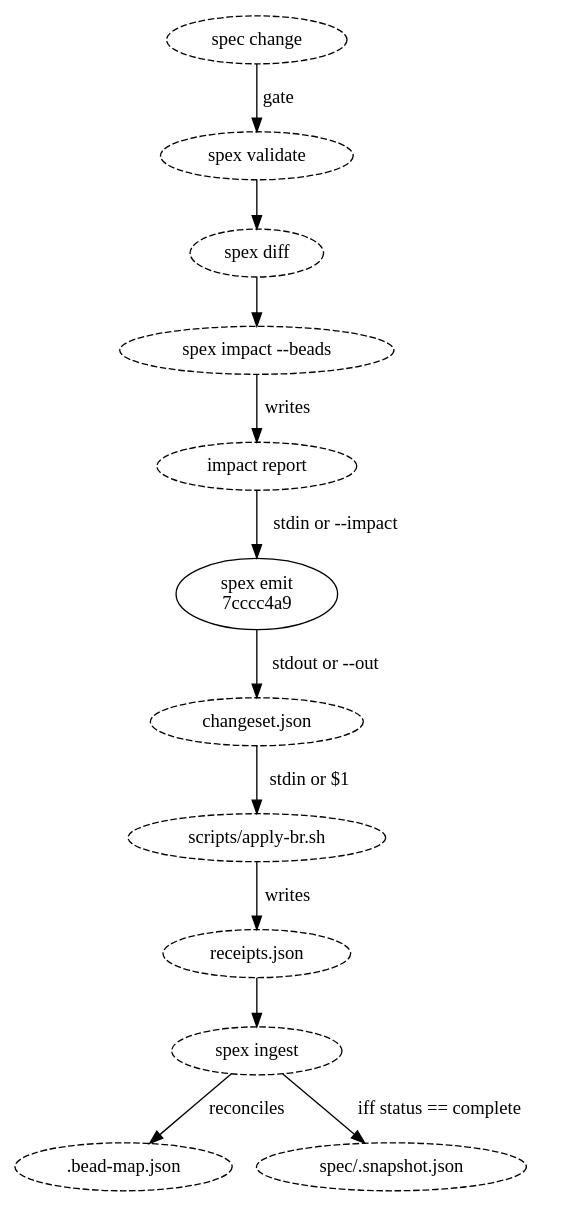
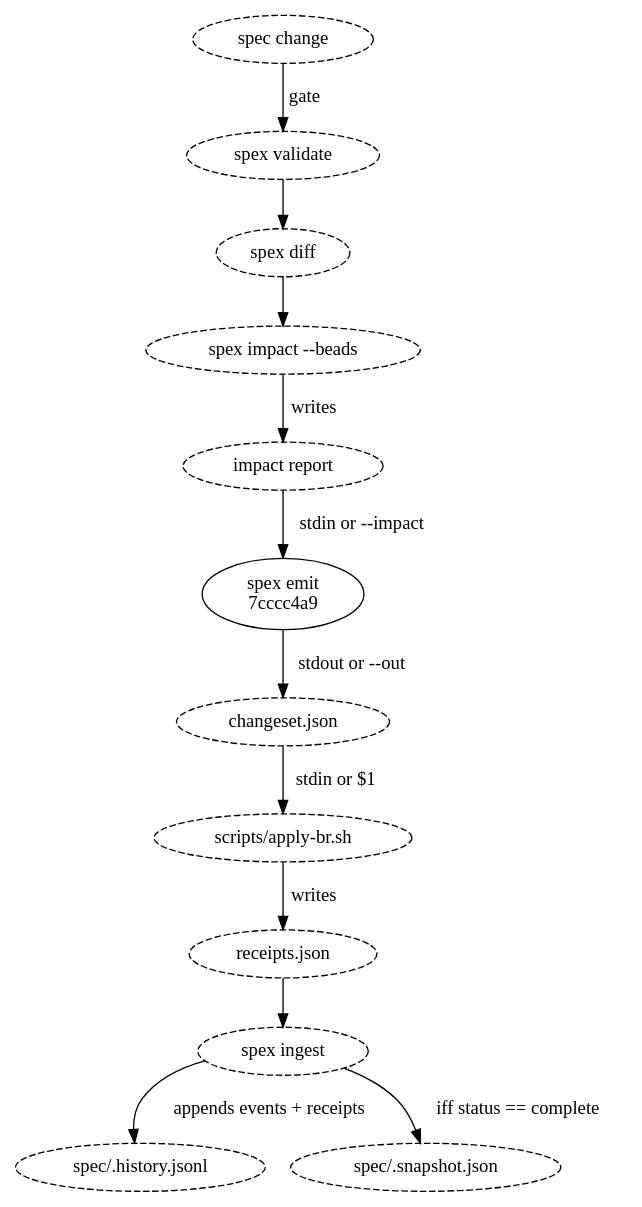
One commit to dmitriyb/spexmachina changed the diagram in spec/emit/flow_emit.md. Above: the diagram before and after it, drawn with Graphviz. The commit also changed other lines of this file and 64 other files, not shown here.

````diff
--- a/spec/emit/flow_emit.md
+++ b/spec/emit/flow_emit.md
@@ -14,28 +14,28 @@
 ```dot
 digraph emit_position {
     "spec change"         [style=dashed];
     "spex validate"       [style=dashed];
     "spex diff"           [style=dashed];
     "spex impact --beads" [style=dashed];
     "impact report"       [style=dashed];
     "7cccc4a96101"        [label="spex emit\n7cccc4a9"];
     "changeset.json"      [style=dashed];
     "scripts/apply-br.sh" [style=dashed];
     "receipts.json"       [style=dashed];
     "spex ingest"         [style=dashed];
-    ".bead-map.json"      [style=dashed];
+    "spec/.history.jsonl" [style=dashed];
     "spec/.snapshot.json" [style=dashed];
 
     "spec change"         -> "spex validate"       [label="gate"];
     "spex validate"       -> "spex diff";
     "spex diff"           -> "spex impact --beads";
     "spex impact --beads" -> "impact report"       [label="writes"];
     "impact report"       -> "7cccc4a96101"        [label="stdin or --impact"];
     "7cccc4a96101"        -> "changeset.json"      [label="stdout or --out"];
     "changeset.json"      -> "scripts/apply-br.sh" [label="stdin or $1"];
     "scripts/apply-br.sh" -> "receipts.json"       [label="writes"];
     "receipts.json"       -> "spex ingest";
-    "spex ingest"         -> ".bead-map.json"      [label="reconciles"];
+    "spex ingest"         -> "spec/.history.jsonl" [label="appends events + receipts"];
     "spex ingest"         -> "spec/.snapshot.json" [label="iff status == complete"];
 }
 ```
````
